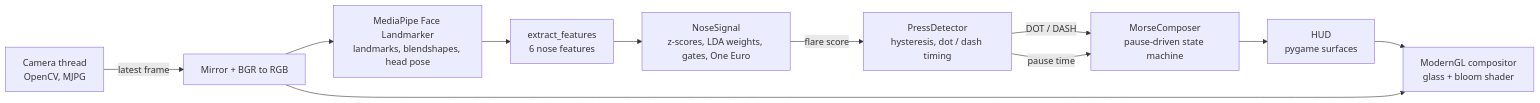
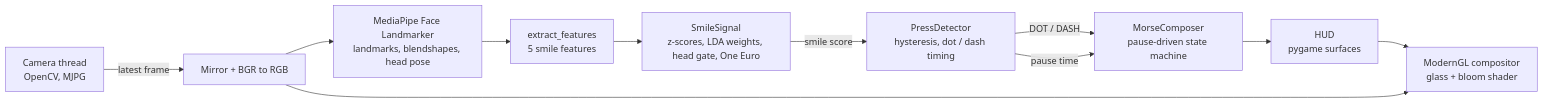
Before and after one commit to trungsyd2409/AI_computer_vision_morse_coding: the diagram in README.md, drawn with Mermaid. The commit also changed other lines of this file and 14 other files, not shown here.

````diff
--- a/README.md
+++ b/README.md
@@ -172,13 +169,13 @@
 ```mermaid
 flowchart LR
     A[Camera thread<br/>OpenCV, MJPG] -->|latest frame| B[Mirror + BGR to RGB]
     B --> C[MediaPipe Face Landmarker<br/>landmarks, blendshapes, head pose]
-    C --> E[extract_features<br/>6 nose features]
-    E --> N[NoseSignal<br/>z-scores, LDA weights, gates, One Euro]
-    N -->|flare score| D[PressDetector<br/>hysteresis, dot / dash timing]
+    C --> E[extract_features<br/>5 smile features]
+    E --> N[SmileSignal<br/>z-scores, LDA weights, head gate, One Euro]
+    N -->|smile score| D[PressDetector<br/>hysteresis, dot / dash timing]
     D -->|DOT / DASH| F[MorseComposer<br/>pause-driven state machine]
     D -->|pause time| F
     F --> G[HUD<br/>pygame surfaces]
     G --> H[ModernGL compositor<br/>glass + bloom shader]
     B --> H
 ```
````
